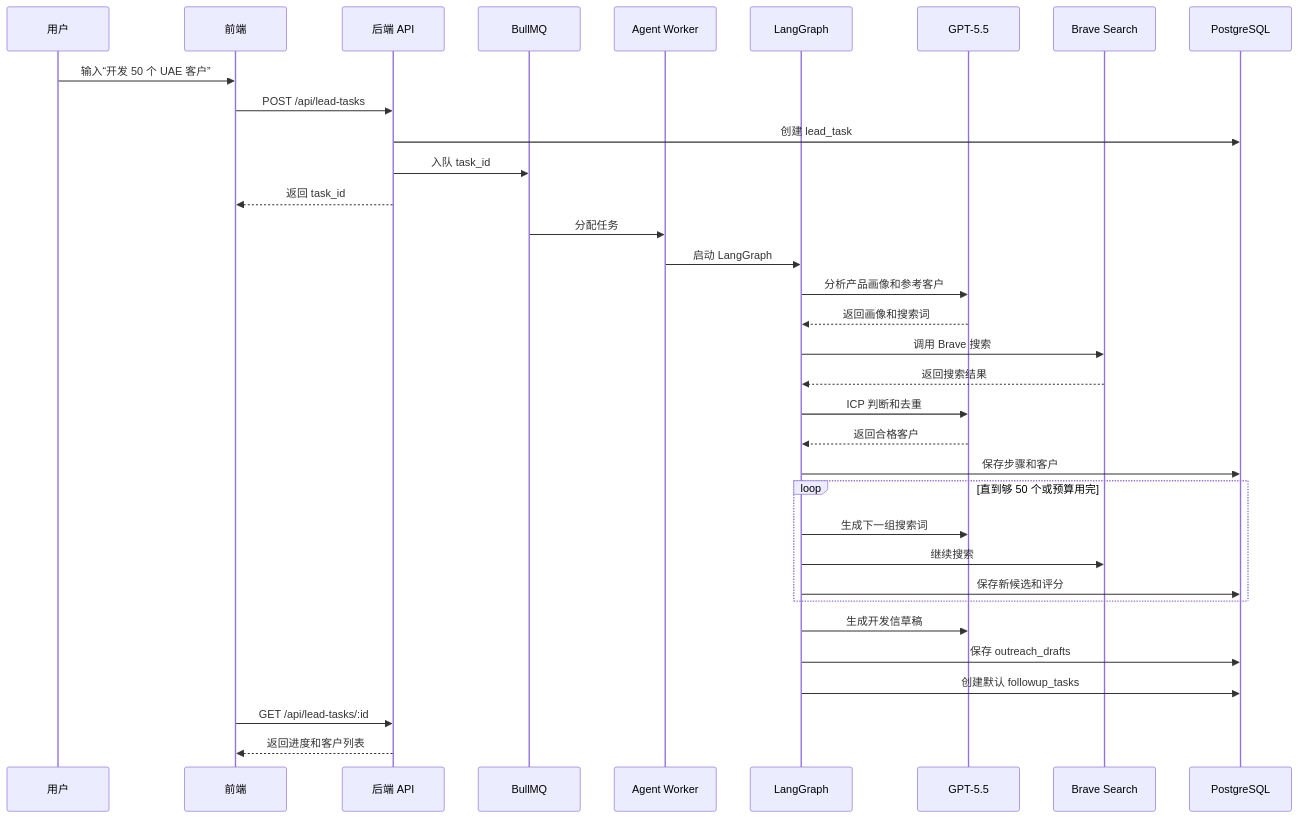
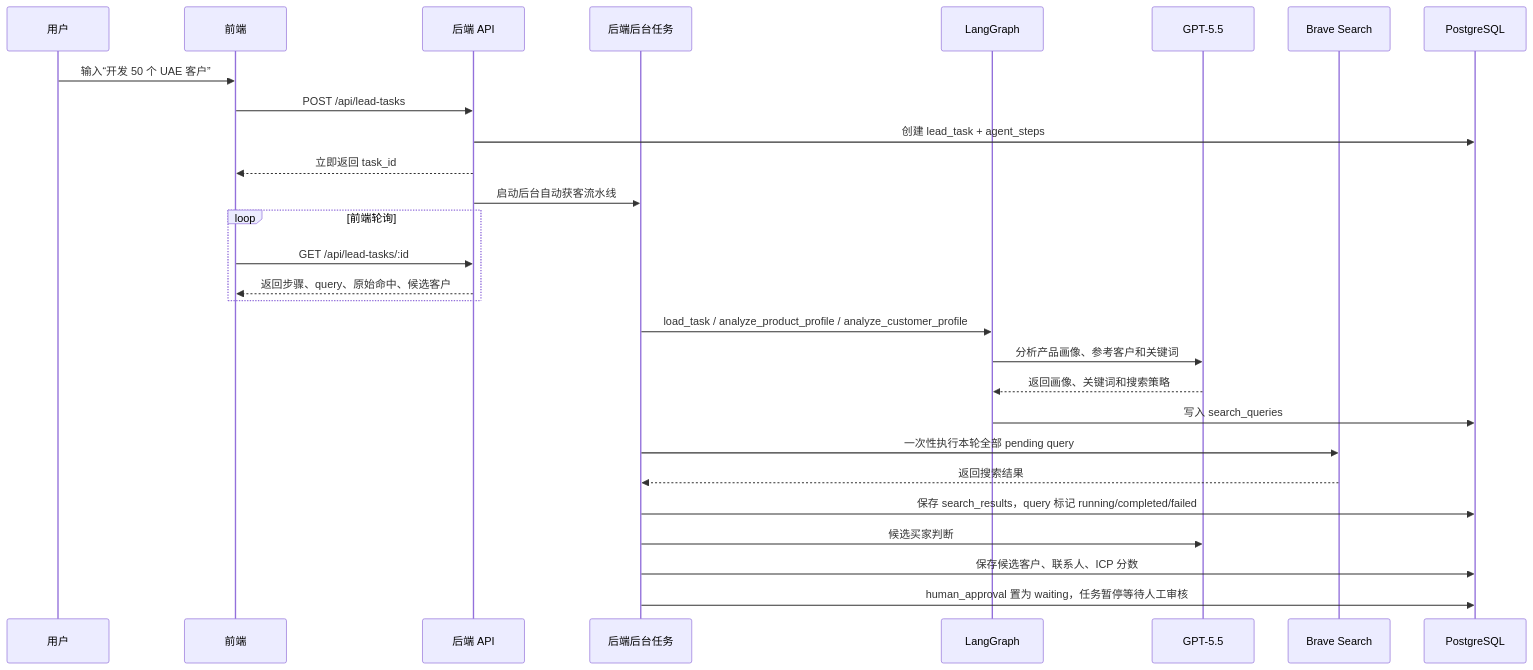
One commit to wywzixin/LeadHunt-Codex changed the sixth of 8 diagrams in LeadHunt_AI_Technical_Architecture.md. Above: the diagram before and after it, drawn with Mermaid. The commit also changed other lines of this file and 30 other files, not shown here.

````diff
--- a/LeadHunt_AI_Technical_Architecture.md
+++ b/LeadHunt_AI_Technical_Architecture.md
@@ -759,40 +922,33 @@
 ```mermaid
 sequenceDiagram
   participant U as 用户
   participant FE as 前端
   participant API as 后端 API
-  participant Q as BullMQ
-  participant W as Agent Worker
+  participant BG as 后端后台任务
   participant G as LangGraph
   participant LLM as GPT-5.5
   participant B as Brave Search
   participant DB as PostgreSQL
 
   U->>FE: 输入“开发 50 个 UAE 客户”
   FE->>API: POST /api/lead-tasks
-  API->>DB: 创建 lead_task
-  API->>Q: 入队 task_id
-  API-->>FE: 返回 task_id
+  API->>DB: 创建 lead_task + agent_steps
+  API-->>FE: 立即返回 task_id
+  API->>BG: 启动后台自动获客流水线
 
-  Q->>W: 分配任务
-  W->>G: 启动 LangGraph
-  G->>LLM: 分析产品画像和参考客户
-  LLM-->>G: 返回画像和搜索词
-  G->>B: 调用 Brave 搜索
-  B-->>G: 返回搜索结果
-  G->>LLM: ICP 判断和去重
-  LLM-->>G: 返回合格客户
-  G->>DB: 保存步骤和客户
-
-  loop 直到够 50 个或预算用完
-    G->>LLM: 生成下一组搜索词
-    G->>B: 继续搜索
-    G->>DB: 保存新候选和评分
+  loop 前端轮询
+    FE->>API: GET /api/lead-tasks/:id
+    API-->>FE: 返回步骤、query、原始命中、候选客户
   end
 
-  G->>LLM: 生成开发信草稿
-  G->>DB: 保存 outreach_drafts
-  G->>DB: 创建默认 followup_tasks
-  FE->>API: GET /api/lead-tasks/:id
-  API-->>FE: 返回进度和客户列表
+  BG->>G: load_task / analyze_product_profile / analyze_customer_profile
+  G->>LLM: 分析产品画像、参考客户和关键词
+  LLM-->>G: 返回画像、关键词和搜索策略
+  G->>DB: 写入 search_queries
+  BG->>B: 一次性执行本轮全部 pending query
+  B-->>BG: 返回搜索结果
+  BG->>DB: 保存 search_results，query 标记 running/completed/failed
+  BG->>LLM: 候选买家判断
+  BG->>DB: 保存候选客户、联系人、ICP 分数
+  BG->>DB: human_approval 置为 waiting，任务暂停等待人工审核
 ```
````
